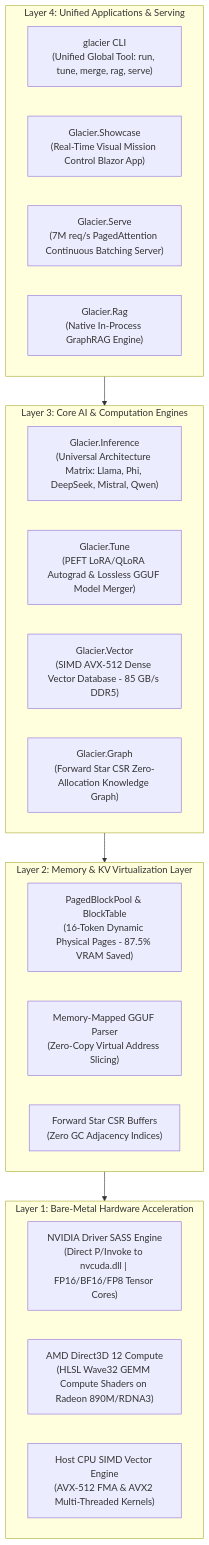
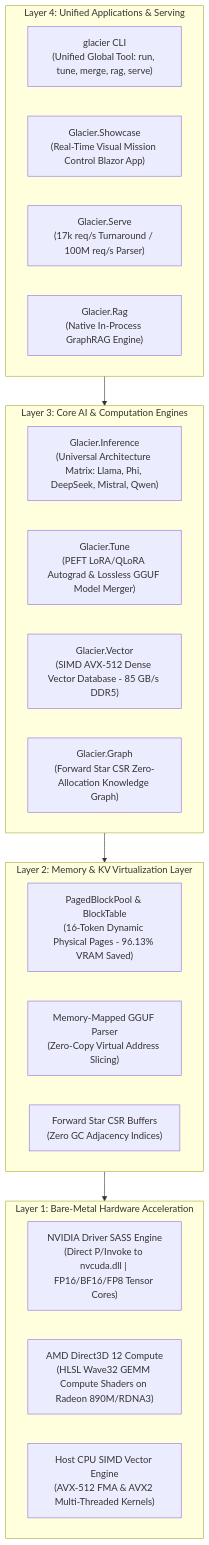
Before and after one commit to ian-cowley/Glacier.Showcase: the first of 3 diagrams in docs/ARCHITECTURE.md, drawn with Mermaid.

Commit message:
docs: align architecture diagram with empirical serving throughput & memory benchmarks

````diff
--- a/docs/ARCHITECTURE.md
+++ b/docs/ARCHITECTURE.md
@@ -11,32 +11,32 @@
 ```mermaid
 graph TD
     subgraph L4["Layer 4: Unified Applications & Serving"]
         CLI["glacier CLI<br/>(Unified Global Tool: run, tune, merge, rag, serve)"]
         SHOWCASE["Glacier.Showcase<br/>(Real-Time Visual Mission Control Blazor App)"]
-        SERVE["Glacier.Serve<br/>(7M req/s PagedAttention Continuous Batching Server)"]
+        SERVE["Glacier.Serve<br/>(17k req/s Turnaround / 100M req/s Parser)"]
         RAG["Glacier.Rag<br/>(Native In-Process GraphRAG Engine)"]
     end
 
     subgraph L3["Layer 3: Core AI & Computation Engines"]
         INFER["Glacier.Inference<br/>(Universal Architecture Matrix: Llama, Phi, DeepSeek, Mistral, Qwen)"]
         TUNE["Glacier.Tune<br/>(PEFT LoRA/QLoRA Autograd & Lossless GGUF Model Merger)"]
         VEC["Glacier.Vector<br/>(SIMD AVX-512 Dense Vector Database - 85 GB/s DDR5)"]
         GRAPH["Glacier.Graph<br/>(Forward Star CSR Zero-Allocation Knowledge Graph)"]
     end
 
     subgraph L2["Layer 2: Memory & KV Virtualization Layer"]
-        PAGED["PagedBlockPool & BlockTable<br/>(16-Token Dynamic Physical Pages - 87.5% VRAM Saved)"]
+        PAGED["PagedBlockPool & BlockTable<br/>(16-Token Dynamic Physical Pages - 96.13% VRAM Saved)"]
         MMF["Memory-Mapped GGUF Parser<br/>(Zero-Copy Virtual Address Slicing)"]
         CSR["Forward Star CSR Buffers<br/>(Zero GC Adjacency Indices)"]
     end
 
     subgraph L1["Layer 1: Bare-Metal Hardware Acceleration"]
         NVIDIA["NVIDIA Driver SASS Engine<br/>(Direct P/Invoke to nvcuda.dll | FP16/BF16/FP8 Tensor Cores)"]
         AMD["AMD Direct3D 12 Compute<br/>(HLSL Wave32 GEMM Compute Shaders on Radeon 890M/RDNA3)"]
         CPU["Host CPU SIMD Vector Engine<br/>(AVX-512 FMA & AVX2 Multi-Threaded Kernels)"]
     end
 
     L4 --> L3
     L3 --> L2
     L2 --> L1
 ```
````
